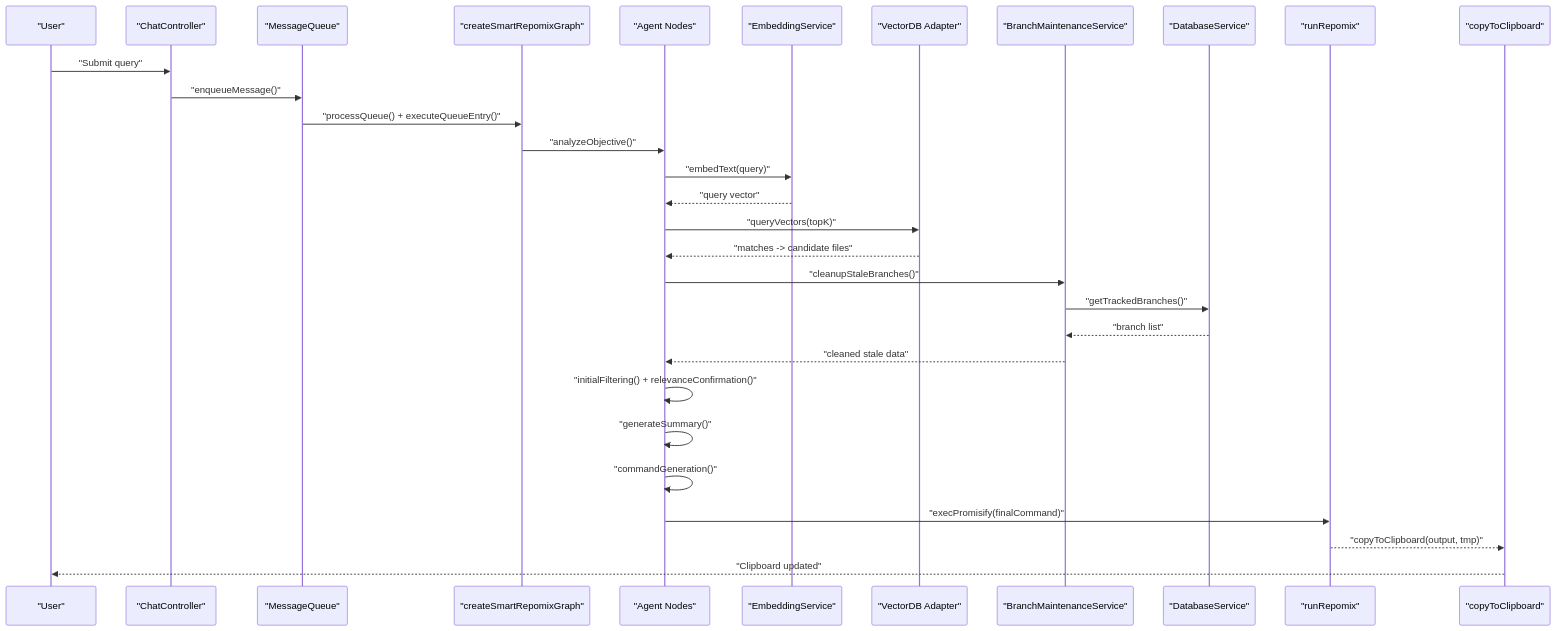
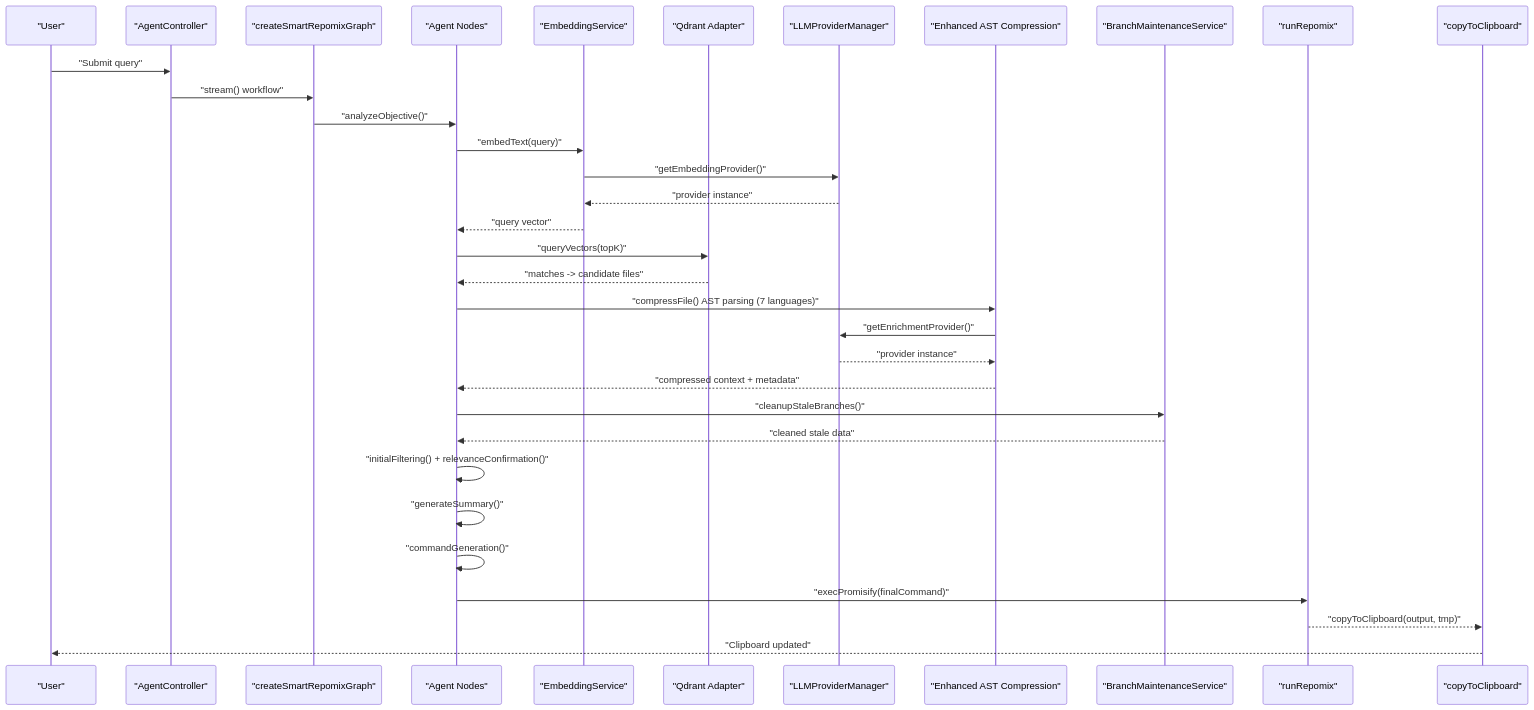
One commit to bramburn/repomix-runner changed the second of 10 diagrams in .qoder/repowiki/en/content/Core Features/Core Features.md. Above: the diagram before and after it, drawn with Mermaid. The commit also changed other lines of this file and 41 other files, not shown here.

````diff
--- a/.qoder/repowiki/en/content/Core Features/Core Features.md
+++ b/.qoder/repowiki/en/content/Core Features/Core Features.md
@@ -247,32 +293,35 @@
 ```mermaid
 sequenceDiagram
 participant User as "User"
-participant Webview as "ChatController"
-participant Queue as "MessageQueue"
+participant Webview as "AgentController"
 participant Graph as "createSmartRepomixGraph"
 participant Nodes as "Agent Nodes"
 participant Embed as "EmbeddingService"
-participant VDB as "VectorDB Adapter"
+participant VDB as "Qdrant Adapter"
+participant LLM as "LLMProviderManager"
+participant Comp as "Enhanced AST Compression"
 participant BranchMaint as "BranchMaintenanceService"
-participant DB as "DatabaseService"
 participant Runner as "runRepomix"
 participant Clip as "copyToClipboard"
 User->>Webview : "Submit query"
-Webview->>Queue : "enqueueMessage()"
-Queue->>Graph : "processQueue() + executeQueueEntry()"
+Webview->>Graph : "stream() workflow"
 Graph->>Nodes : "analyzeObjective()"
 Nodes->>Embed : "embedText(query)"
+Embed->>LLM : "getEmbeddingProvider()"
+LLM-->>Embed : "provider instance"
 Embed-->>Nodes : "query vector"
 Nodes->>VDB : "queryVectors(topK)"
 VDB-->>Nodes : "matches -> candidate files"
+Nodes->>Comp : "compressFile() AST parsing (7 languages)"
+Comp->>LLM : "getEnrichmentProvider()"
+LLM-->>Comp : "provider instance"
+Comp-->>Nodes : "compressed context + metadata"
 Nodes->>BranchMaint : "cleanupStaleBranches()"
-BranchMaint->>DB : "getTrackedBranches()"
-DB-->>BranchMaint : "branch list"
 BranchMaint-->>Nodes : "cleaned stale data"
 Nodes->>Nodes : "initialFiltering() + relevanceConfirmation()"
 Nodes->>Nodes : "generateSummary()"
 Nodes->>Nodes : "commandGeneration()"
 Nodes->>Runner : "execPromisify(finalCommand)"
 Runner-->>Clip : "copyToClipboard(output, tmp)"
 Clip-->>User : "Clipboard updated"
 ```
````
